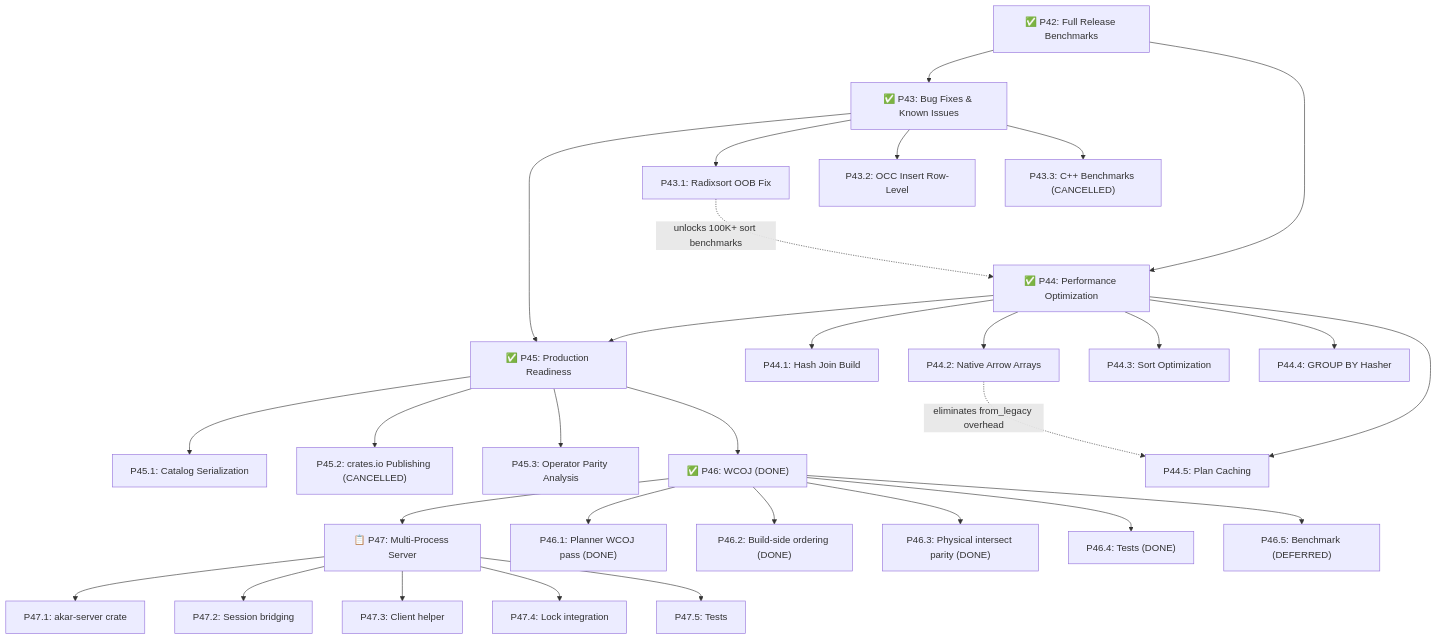
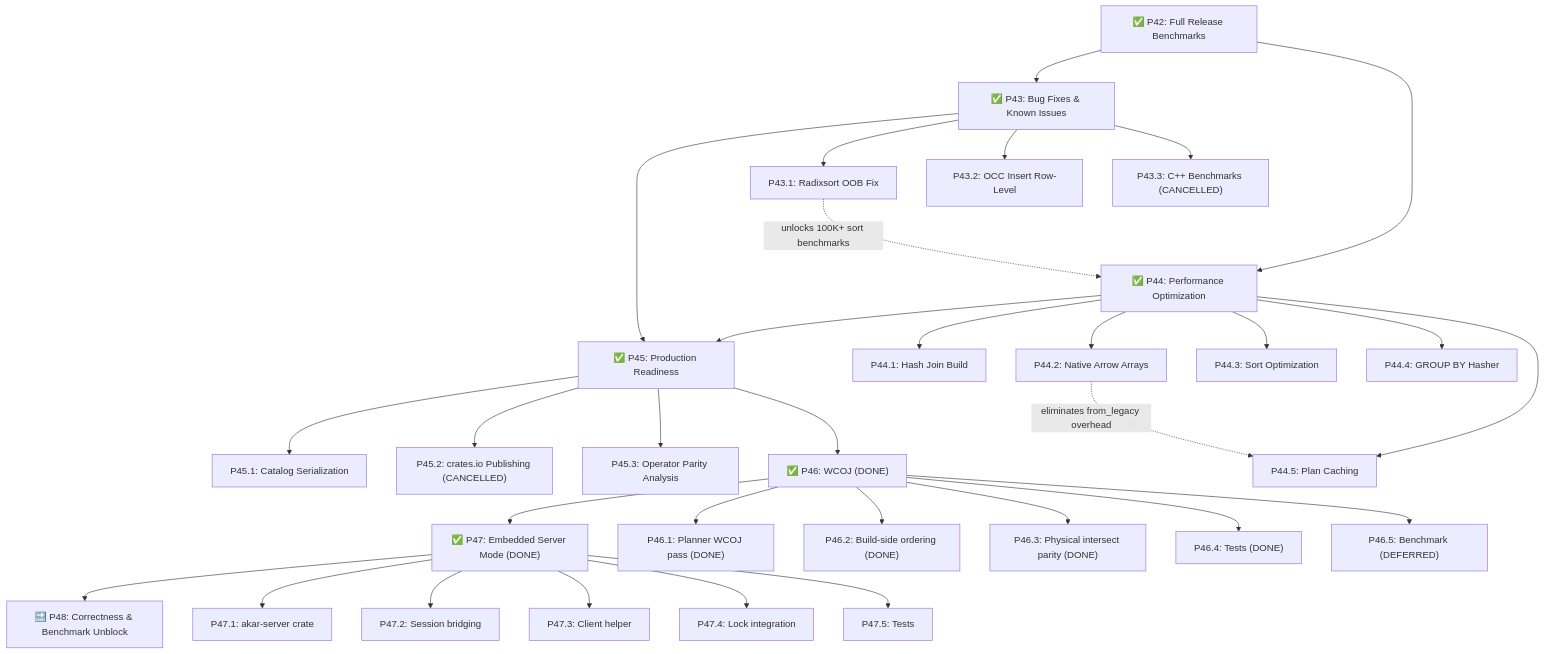
The diagram in akar-core/implementation_plan.md (mlengse/akar), drawn with Mermaid before and after one commit. The commit also changed other lines of this file and 2 other files, not shown here.

````diff
--- a/akar-core/implementation_plan.md
+++ b/akar-core/implementation_plan.md
@@ -184,39 +207,40 @@
 ```mermaid
 graph TD
     P42["✅ P42: Full Release Benchmarks"] --> P43["✅ P43: Bug Fixes & Known Issues"]
     P42 --> P44["✅ P44: Performance Optimization"]
     P43 --> P45["✅ P45: Production Readiness"]
     P44 --> P45
 
     P43 --> P43_1["P43.1: Radixsort OOB Fix"]
     P43 --> P43_2["P43.2: OCC Insert Row-Level"]
     P43 --> P43_3["P43.3: C++ Benchmarks (CANCELLED)"]
 
     P44 --> P44_1["P44.1: Hash Join Build"]
     P44 --> P44_2["P44.2: Native Arrow Arrays"]
     P44 --> P44_3["P44.3: Sort Optimization"]
     P44 --> P44_4["P44.4: GROUP BY Hasher"]
     P44 --> P44_5["P44.5: Plan Caching"]
 
     P45 --> P45_1["P45.1: Catalog Serialization"]
     P45 --> P45_2["P45.2: crates.io Publishing (CANCELLED)"]
     P45 --> P45_3["P45.3: Operator Parity Analysis"]
 
     P45 --> P46["✅ P46: WCOJ (DONE)"]
-    P46 --> P47["📋 P47: Multi-Process Server"]
+    P46 --> P47["✅ P47: Embedded Server Mode (DONE)"]
+    P47 --> P48["🔜 P48: Correctness & Benchmark Unblock"]
 
     P46 --> P46_1["P46.1: Planner WCOJ pass (DONE)"]
     P46 --> P46_2["P46.2: Build-side ordering (DONE)"]
     P46 --> P46_3["P46.3: Physical intersect parity (DONE)"]
     P46 --> P46_4["P46.4: Tests (DONE)"]
     P46 --> P46_5["P46.5: Benchmark (DEFERRED)"]
 
     P47 --> P47_1["P47.1: akar-server crate"]
     P47 --> P47_2["P47.2: Session bridging"]
     P47 --> P47_3["P47.3: Client helper"]
     P47 --> P47_4["P47.4: Lock integration"]
     P47 --> P47_5["P47.5: Tests"]
 
     P43_1 -.->|"unlocks 100K+ sort benchmarks"| P44
     P44_2 -.->|"eliminates from_legacy overhead"| P44_5
 ```
````
